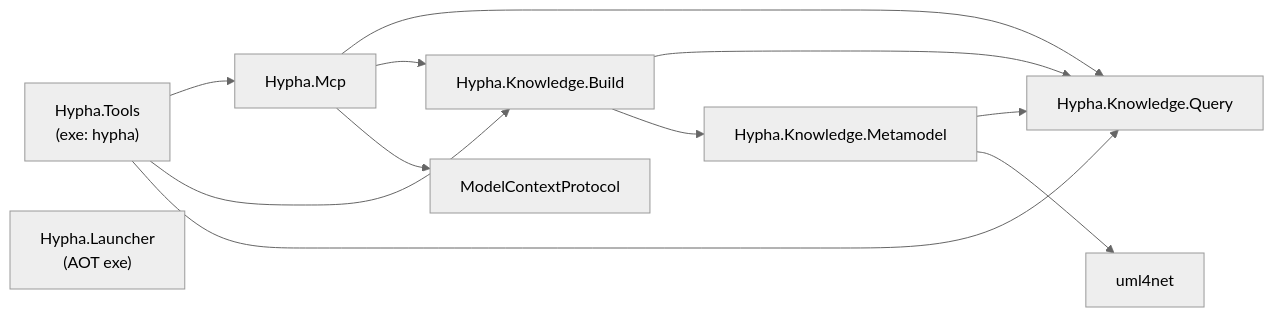
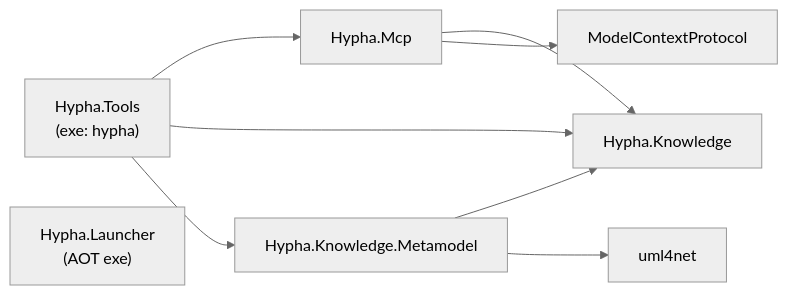
One commit to mycelium-cmbse/mycelium-hypha changed the second of 4 diagrams in hypha-mcp-refactor-plan.md. Above: the diagram before and after it, drawn with Mermaid (neutral theme). The commit also changed other lines of this file and 282 other files, not shown here.

First line of the commit message:
[Refactor] rename Hypha.MetamodelGen to Hypha.Knowledge.Metamodel and serialize every JSON document through a source-generated context; fixes #193 (#203)

````diff
--- a/hypha-mcp-refactor-plan.md
+++ b/hypha-mcp-refactor-plan.md
@@ -96,20 +94,16 @@
 ```mermaid
 flowchart LR
-    Query["Hypha.Knowledge.Query"]
-    Know["Hypha.Knowledge.Build"]
+    Know["Hypha.Knowledge"]
     MG["Hypha.Knowledge.Metamodel"]
     Mcp["Hypha.Mcp"]
     Tools["Hypha.Tools<br/>(exe: hypha)"]
     Launch["Hypha.Launcher<br/>(AOT exe)"]
 
-    Know --> Query
-    Know --> MG
-    MG --> Query
-    Mcp --> Query
+    MG --> Know
     Mcp --> Know
     Mcp --> SDK["ModelContextProtocol"]
     Tools --> Mcp
     Tools --> Know
-    Tools --> Query
+    Tools --> MG
     MG --> UML["uml4net"]
 ```
````
